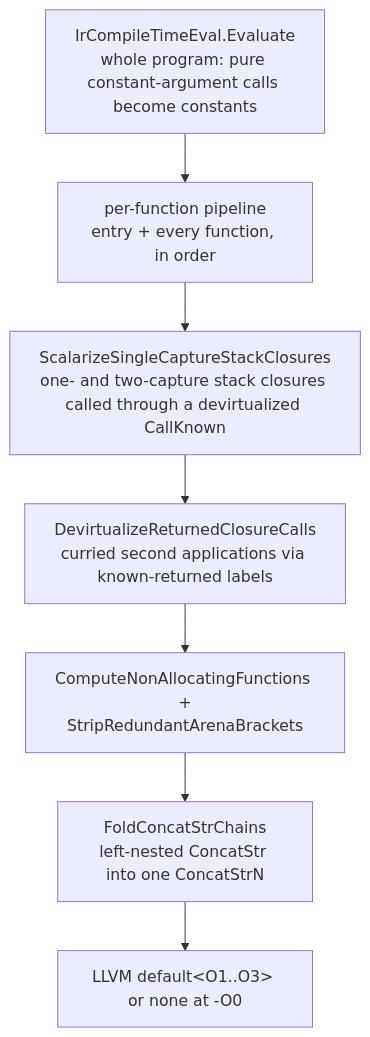
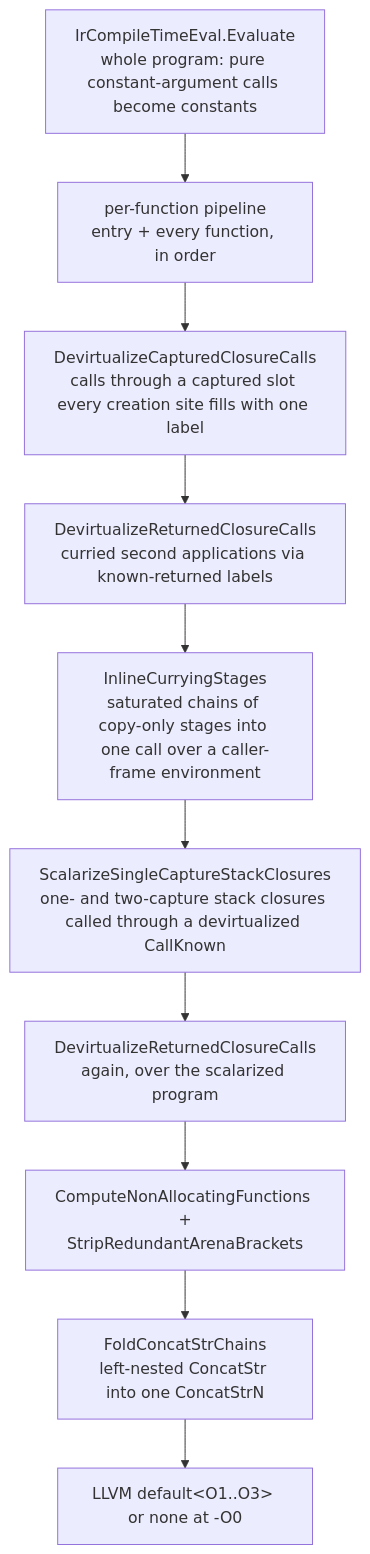
One commit to MattiasHognas/Ashes changed the fifth of 5 diagrams in docs/md/internals/architecture.md. Above: the diagram before and after it, drawn with Mermaid. The commit also changed other lines of this file and 8 other files, not shown here.

First line of the commit message:
feat(optimizer): devirtualize calls through captured closures and inline saturated currying stages

````diff
--- a/docs/md/internals/architecture.md
+++ b/docs/md/internals/architecture.md
@@ -655,9 +655,12 @@
 ```mermaid
 graph TD
     A["IrCompileTimeEval.Evaluate<br/>whole program: pure constant-argument calls become constants"] --> B["per-function pipeline<br/>entry + every function, in order"]
-    B --> C["ScalarizeSingleCaptureStackClosures<br/>one- and two-capture stack closures called through a devirtualized CallKnown"]
-    C --> D["DevirtualizeReturnedClosureCalls<br/>curried second applications via known-returned labels"]
+    B --> B1["DevirtualizeCapturedClosureCalls<br/>calls through a captured slot every creation site fills with one label"]
+    B1 --> B2["DevirtualizeReturnedClosureCalls<br/>curried second applications via known-returned labels"]
+    B2 --> B3["InlineCurryingStages<br/>saturated chains of copy-only stages into one call over a caller-frame environment"]
+    B3 --> C["ScalarizeSingleCaptureStackClosures<br/>one- and two-capture stack closures called through a devirtualized CallKnown"]
+    C --> D["DevirtualizeReturnedClosureCalls<br/>again, over the scalarized program"]
     D --> E["ComputeNonAllocatingFunctions +<br/>StripRedundantArenaBrackets"]
     E --> F["FoldConcatStrChains<br/>left-nested ConcatStr into one ConcatStrN"]
     F --> G["LLVM default&lt;O1..O3&gt; or none at -O0"]
 ```
````
